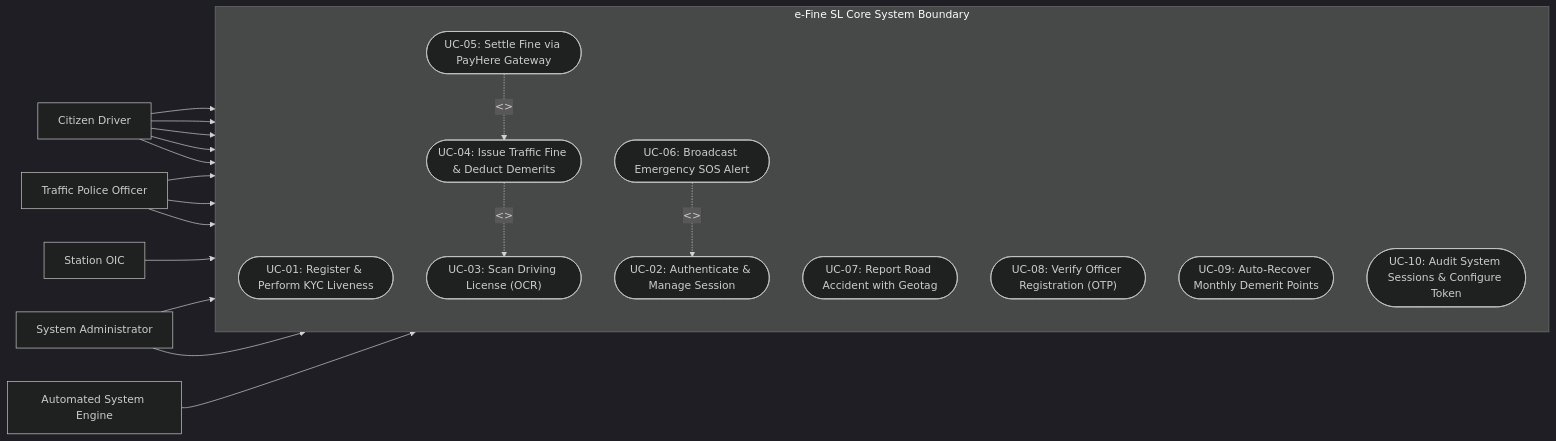
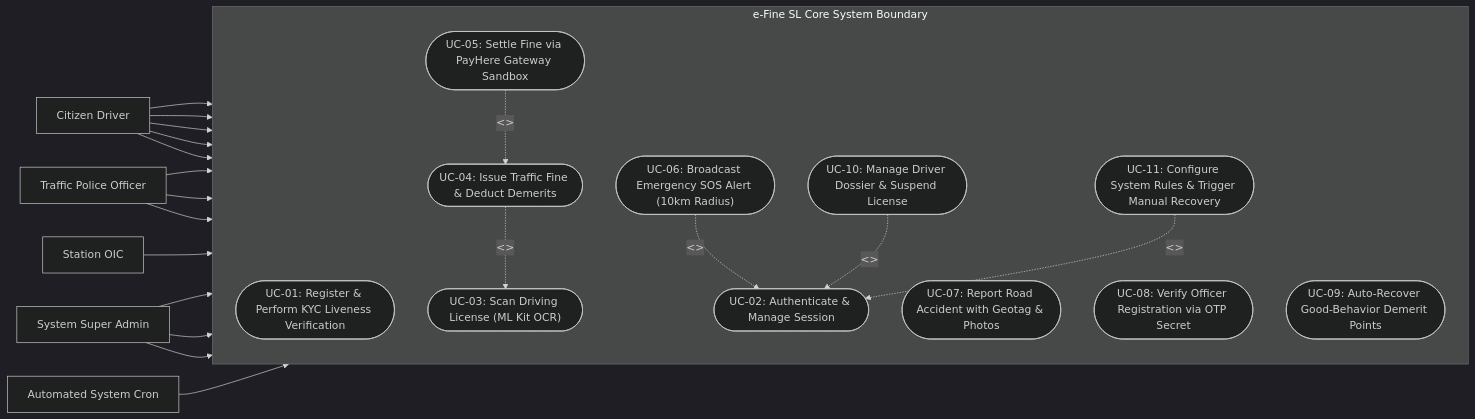
Before and after one commit to e-fine-sl/e-fine-sl-traffic-management: the second of 15 diagrams in README.md, drawn with Mermaid (dark theme). The commit also changed other lines of this file, not shown here.

Commit message:
docs(architecture): update system design diagrams, use case specifications, class diagrams, sequence flows, activity flows, wireframes, and database ERD schemas to match live implementation

````diff
--- a/README.md
+++ b/README.md
@@ -179,43 +162,47 @@
 ```mermaid
 flowchart LR
     subgraph Boundary ["e-Fine SL Core System Boundary"]
         direction TB
-        UC1(["UC-01: Register & Perform KYC Liveness"])
-        UC2(["UC-02: Authenticate & Manage Session"])
-        UC3(["UC-03: Scan Driving License (OCR)"])
-        UC4(["UC-04: Issue Traffic Fine & Deduct Demerits"])
-        UC5(["UC-05: Settle Fine via PayHere Gateway"])
-        UC6(["UC-06: Broadcast Emergency SOS Alert"])
-        UC7(["UC-07: Report Road Accident with Geotag"])
-        UC8(["UC-08: Verify Officer Registration (OTP)"])
-        UC9(["UC-09: Auto-Recover Monthly Demerit Points"])
-        UC10(["UC-10: Audit System Sessions & Configure Token"])
+        UC01(["UC-01: Register & Perform KYC Liveness Verification"])
+        UC02(["UC-02: Authenticate & Manage Session"])
+        UC03(["UC-03: Scan Driving License (ML Kit OCR)"])
+        UC04(["UC-04: Issue Traffic Fine & Deduct Demerits"])
+        UC05(["UC-05: Settle Fine via PayHere Gateway Sandbox"])
+        UC06(["UC-06: Broadcast Emergency SOS Alert (10km Radius)"])
+        UC07(["UC-07: Report Road Accident with Geotag & Photos"])
+        UC08(["UC-08: Verify Officer Registration via OTP Secret"])
+        UC09(["UC-09: Auto-Recover Good-Behavior Demerit Points"])
+        UC10(["UC-10: Manage Driver Dossier & Suspend License"])
+        UC11(["UC-11: Configure System Rules & Trigger Manual Recovery"])
     end
 
     CitizenDriver["Citizen Driver"]
     TrafficOfficer["Traffic Police Officer"]
     StationOIC["Station OIC"]
-    SystemAdmin["System Administrator"]
-    CronEngine["Automated System Engine"]
+    SystemAdmin["System Super Admin"]
+    CronEngine["Automated System Cron"]
 
-    CitizenDriver --> UC1
-    CitizenDriver --> UC2
-    CitizenDriver --> UC5
-    CitizenDriver --> UC6
-    CitizenDriver --> UC7
+    CitizenDriver --> UC01
+    CitizenDriver --> UC02
+    CitizenDriver --> UC05
+    CitizenDriver --> UC06
+    CitizenDriver --> UC07
 
-    TrafficOfficer --> UC2
-    TrafficOfficer --> UC3
-    TrafficOfficer --> UC4
+    TrafficOfficer --> UC02
+    TrafficOfficer --> UC03
+    TrafficOfficer --> UC04
 
-    StationOIC --> UC8
+    StationOIC --> UC08
 
-    SystemAdmin --> UC2
+    SystemAdmin --> UC02
     SystemAdmin --> UC10
+    SystemAdmin --> UC11
 
-    CronEngine --> UC9
+    CronEngine --> UC09
 
-    UC4 -. "<<include>>" .-> UC3
-    UC5 -. "<<extends>>" .-> UC4
-    UC6 -. "<<include>>" .-> UC2
+    UC04 -. "<<include>>" .-> UC03
+    UC05 -. "<<extends>>" .-> UC04
+    UC06 -. "<<include>>" .-> UC02
+    UC10 -. "<<include>>" .-> UC02
+    UC11 -. "<<include>>" .-> UC02
 ```
````
